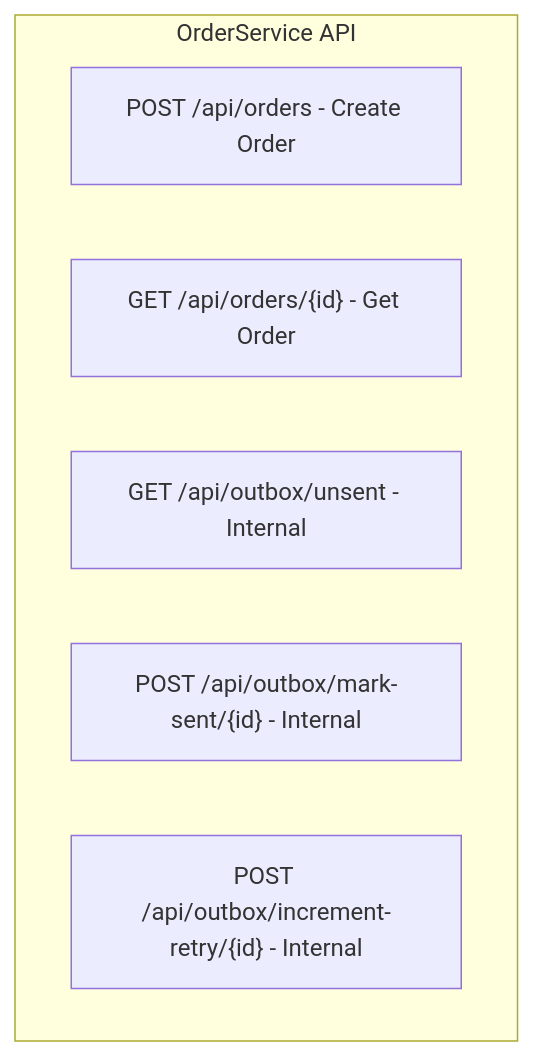
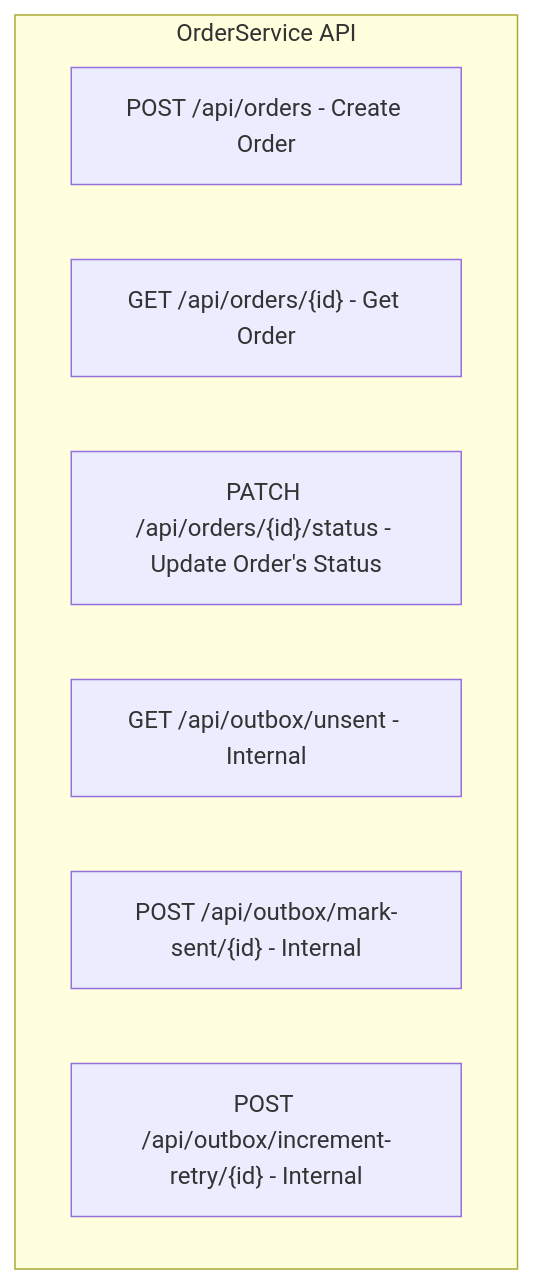
One commit to sumonnwe/microservice-ecommerce changed the fourth of 4 diagrams in README.md. Above: the diagram before and after it, drawn with Mermaid. The commit also changed other lines of this file, not shown here.

First line of the commit message:
Refine service details and API endpoint descriptions

````diff
--- a/README.md
+++ b/README.md
@@ -180,10 +186,11 @@
 ```mermaid
 flowchart TB
   subgraph "OrderService API"
     U1["POST /api/orders - Create Order"]
     U2["GET /api/orders/{id} - Get Order"]
+    U3["PATCH /api/orders/{id}/status - Update Order's Status"]
     O1["GET /api/outbox/unsent - Internal"]
     O2["POST /api/outbox/mark-sent/{id} - Internal"]
     O3["POST /api/outbox/increment-retry/{id} - Internal"]
   end
 ```
````
